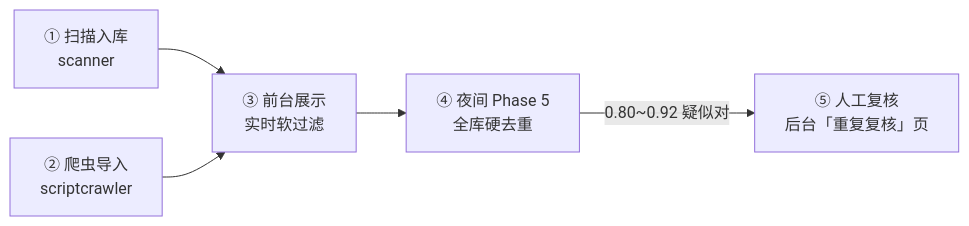
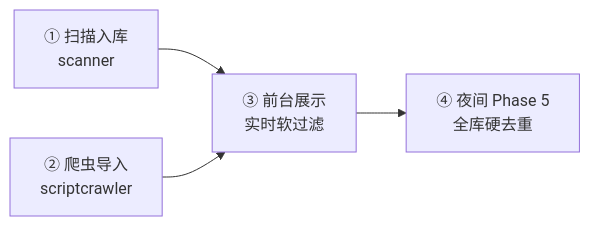
The first of 3 diagrams in backend/docs/DEDUP.md (BAIBAIGE/91), drawn with Mermaid before and after one commit. The commit also changed other lines of this file and 23 other files, not shown here.

````diff
--- a/backend/docs/DEDUP.md
+++ b/backend/docs/DEDUP.md
@@ -7,7 +7,6 @@
 ```mermaid
 flowchart LR
     A["① 扫描入库<br/>scanner"] --> C["③ 前台展示<br/>实时软过滤"]
     B["② 爬虫导入<br/>scriptcrawler"] --> C
     C --> D["④ 夜间 Phase 5<br/>全库硬去重"]
-    D -- "0.80~0.92 疑似对" --> E["⑤ 人工复核<br/>后台「重复复核」页"]
 ```
````
